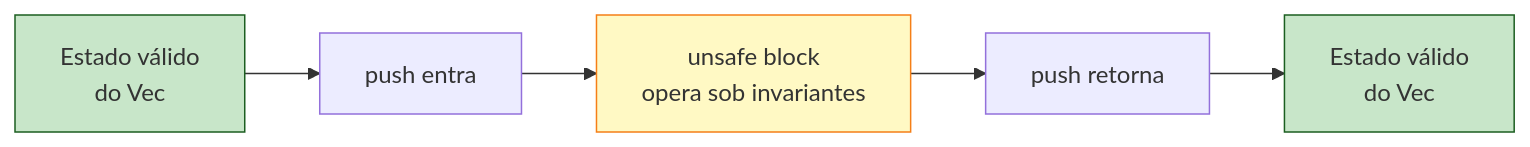
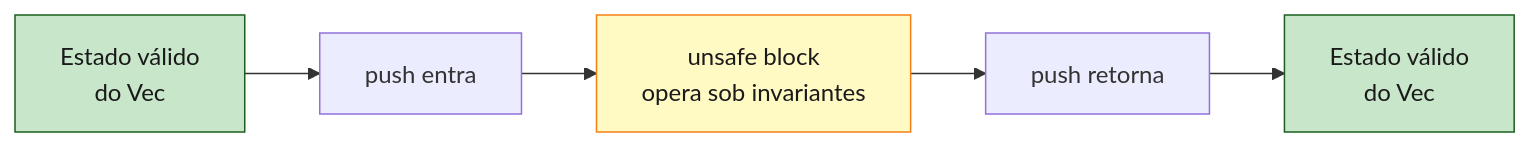
Before and after one commit to Felipeness/ferro-e-espirito: the second of 3 diagrams in book/part-13-unsafe-and-ffi/ch36-unsafe.md, drawn with Mermaid. The commit also changed other lines of this file and 56 other files, not shown here.

First line of the commit message:
fix: contraste de texto em diagramas mermaid

````diff
--- a/book/part-13-unsafe-and-ffi/ch36-unsafe.md
+++ b/book/part-13-unsafe-and-ffi/ch36-unsafe.md
@@ -162,11 +162,11 @@
 ```mermaid
 graph LR
     A[Estado válido<br/>do Vec] --> B[push entra]
     B --> C[unsafe block<br/>opera sob invariantes]
     C --> D[push retorna]
     D --> E[Estado válido<br/>do Vec]
 
-    style A fill:#c8e6c9,stroke:#1b5e20
-    style E fill:#c8e6c9,stroke:#1b5e20
-    style C fill:#fff9c4,stroke:#f57f17
+    style A fill:#c8e6c9,stroke:#1b5e20,color:#1a1a1a
+    style E fill:#c8e6c9,stroke:#1b5e20,color:#1a1a1a
+    style C fill:#fff9c4,stroke:#f57f17,color:#1a1a1a
 ```
````
